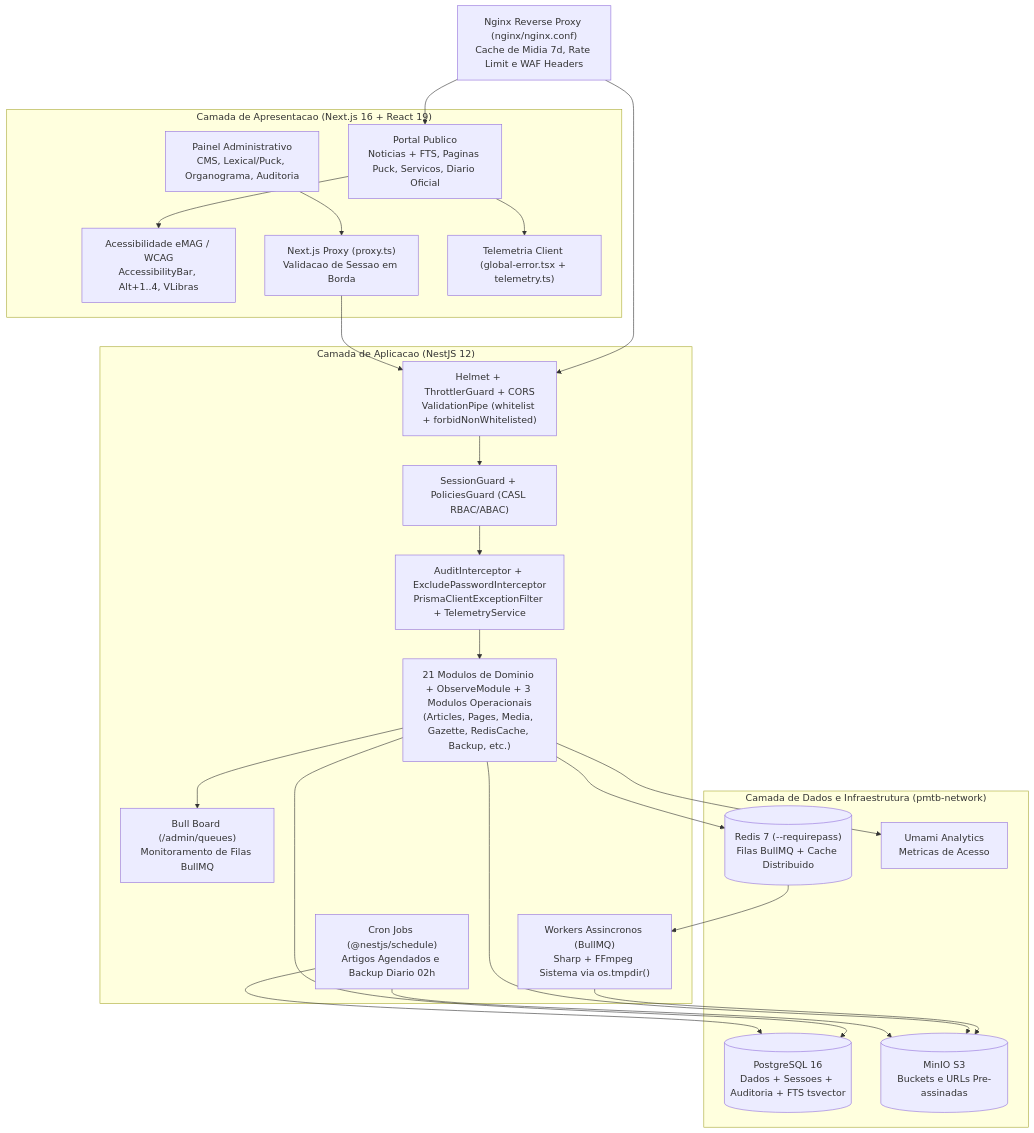
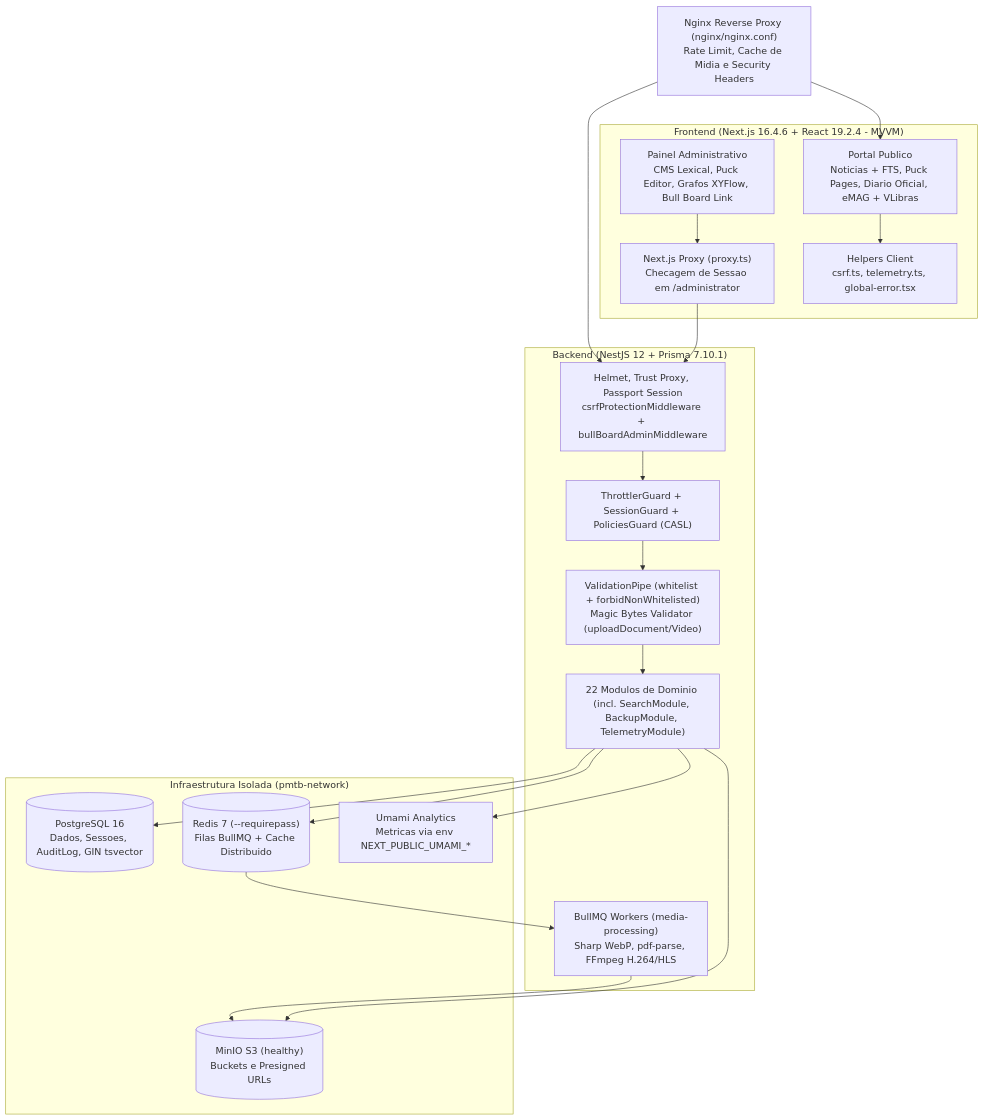
Before and after one commit to AlexEduSantos/prefeitura-tb: the diagram in RELATORIO_ANALISE_PROJETO.md, drawn with Mermaid. The commit also changed other lines of this file and 60 other files, not shown here.

Commit message:
feat(security): remove Gov.br/2FA, add account activation links, enforce strict CSRF and fix P0/P1 audit findings

````diff
--- a/RELATORIO_ANALISE_PROJETO.md
+++ b/RELATORIO_ANALISE_PROJETO.md
@@ -13,45 +20,38 @@
 ```mermaid
 flowchart TD
-    Edge["Nginx Reverse Proxy (nginx/nginx.conf)\nCache de Midia 7d, Rate Limit e WAF Headers"]
+    Edge["Nginx Reverse Proxy (nginx/nginx.conf)\nRate Limit, Cache de Midia e Security Headers"]
 
-    subgraph Cliente["Camada de Apresentacao (Next.js 16 + React 19)"]
-        Public["Portal Publico\nNoticias + FTS, Paginas Puck, Servicos, Diario Oficial"]
-        A11y["Acessibilidade eMAG / WCAG\nAccessibilityBar, Alt+1..4, VLibras"]
-        Admin["Painel Administrativo\nCMS, Lexical/Puck, Organograma, Auditoria"]
-        Proxy["Next.js Proxy (proxy.ts)\nValidacao de Sessao em Borda"]
-        FE_Tel["Telemetria Client (global-error.tsx + telemetry.ts)"]
+    subgraph FE["Frontend (Next.js 16.4.6 + React 19.2.4 - MVVM)"]
+        Public["Portal Publico\nNoticias + FTS, Puck Pages, Diario Oficial, eMAG + VLibras"]
+        Admin["Painel Administrativo\nCMS Lexical, Puck Editor, Grafos XYFlow, Bull Board Link"]
+        EdgeGuard["Next.js Proxy (proxy.ts)\nChecagem de Sessao em /administrator"]
+        ClientSec["Helpers Client\ncsrf.ts, telemetry.ts, global-error.tsx"]
     end
 
-    subgraph API["Camada de Aplicacao (NestJS 12)"]
-        Security["Helmet + ThrottlerGuard + CORS\nValidationPipe (whitelist + forbidNonWhitelisted)"]
-        Guards["SessionGuard + PoliciesGuard (CASL RBAC/ABAC)"]
-        Interceptors["AuditInterceptor + ExcludePasswordInterceptor\nPrismaClientExceptionFilter + TelemetryService"]
-        Modules["21 Modulos de Dominio + ObserveModule + 3 Modulos Operacionais\n(Articles, Pages, Media, Gazette, RedisCache, Backup, etc.)"]
-        BullBoard["Bull Board (/admin/queues)\nMonitoramento de Filas BullMQ"]
-        Scheduler["Cron Jobs (@nestjs/schedule)\nArtigos Agendados e Backup Diario 02h"]
-        Worker["Workers Assincronos (BullMQ)\nSharp + FFmpeg Sistema via os.tmpdir()"]
+    subgraph BE["Backend (NestJS 12 + Prisma 7.10.1)"]
+        Middlewares["Helmet, Trust Proxy, Passport Session\ncsrfProtectionMiddleware + bullBoardAdminMiddleware"]
+        Guards["ThrottlerGuard + SessionGuard + PoliciesGuard (CASL)"]
+        Pipes["ValidationPipe (whitelist + forbidNonWhitelisted)\nMagic Bytes Validator (uploadDocument/Video)"]
+        Core["22 Modulos de Dominio (incl. SearchModule, BackupModule, TelemetryModule)"]
+        Async["BullMQ Workers (media-processing)\nSharp WebP, pdf-parse, FFmpeg H.264/HLS"]
     end
 
-    subgraph Infra["Camada de Dados e Infraestrutura (pmtb-network)"]
-        PG[("PostgreSQL 16\nDados + Sessoes + Auditoria + FTS tsvector")]
+    subgraph Infra["Infraestrutura Isolada (pmtb-network)"]
+        PG[("PostgreSQL 16\nDados, Sessoes, AuditLog, GIN tsvector")]
         Redis[("Redis 7 (--requirepass)\nFilas BullMQ + Cache Distribuido")]
-        MinIO[("MinIO S3\nBuckets e URLs Pre-assinadas")]
-        Umami["Umami Analytics\nMetricas de Acesso"]
+        MinIO[("MinIO S3 (healthy)\nBuckets e Presigned URLs")]
+        Umami["Umami Analytics\nMetricas via env NEXT_PUBLIC_UMAMI_*"]
     end
 
     Edge --> Public
-    Edge --> Security
-    Public --> A11y
-    Public --> FE_Tel
-    Admin --> Proxy --> Security
-    Security --> Guards --> Interceptors --> Modules
-    Modules --> PG
-    Modules --> Redis
-    Redis --> Worker
-    Worker --> MinIO
-    Modules --> MinIO
-    Scheduler --> PG
-    Scheduler --> MinIO
-    Modules --> BullBoard
-    Modules --> Umami
+    Edge --> Middlewares
+    Admin --> EdgeGuard --> Middlewares
+    Public --> ClientSec
+    Middlewares --> Guards --> Pipes --> Core
+    Core --> PG
+    Core --> Redis
+    Redis --> Async
+    Async --> MinIO
+    Core --> MinIO
+    Core --> Umami
 ```
````
